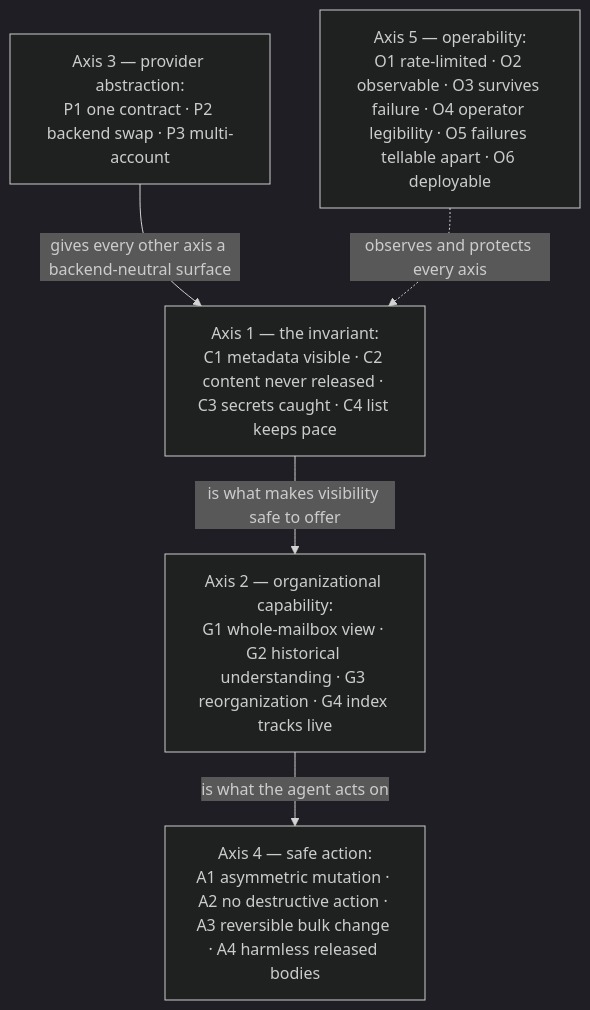
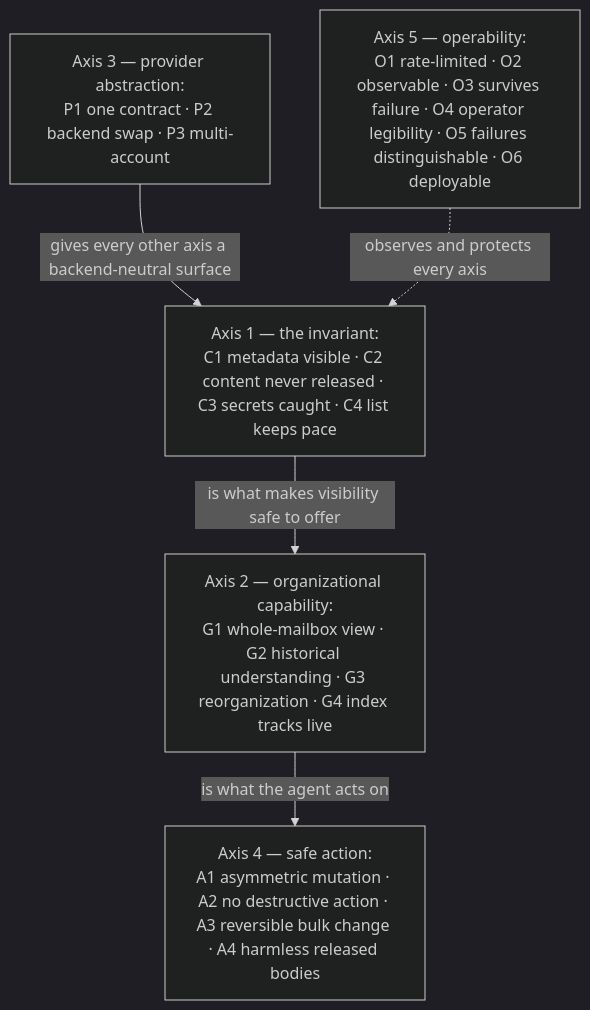
Before and after one commit to ppat/mediated-mailbox-mcp: the diagram in USE_CASES.md, drawn with Mermaid (dark theme). The commit also changed other lines of this file and 15 other files, not shown here.

````diff
--- a/USE_CASES.md
+++ b/USE_CASES.md
@@ -74,12 +70,12 @@
 ```mermaid
 flowchart TB
     C["Axis 1 — the invariant:<br/>C1 metadata visible · C2 content never released · C3 secrets caught · C4 list keeps pace"]
     G["Axis 2 — organizational capability:<br/>G1 whole-mailbox view · G2 historical understanding · G3 reorganization · G4 index tracks live"]
     P["Axis 3 — provider abstraction:<br/>P1 one contract · P2 backend swap · P3 multi-account"]
     A["Axis 4 — safe action:<br/>A1 asymmetric mutation · A2 no destructive action · A3 reversible bulk change · A4 harmless released bodies"]
-    O["Axis 5 — operability:<br/>O1 rate-limited · O2 observable · O3 survives failure · O4 operator legibility · O5 failures tellable apart · O6 deployable"]
+    O["Axis 5 — operability:<br/>O1 rate-limited · O2 observable · O3 survives failure · O4 operator legibility · O5 failures distinguishable · O6 deployable"]
     P -->|"gives every other axis a backend-neutral surface"| C
     C -->|"is what makes visibility safe to offer"| G
     G -->|"is what the agent acts on"| A
     O -.->|"observes and protects every axis"| C
 ```
````
